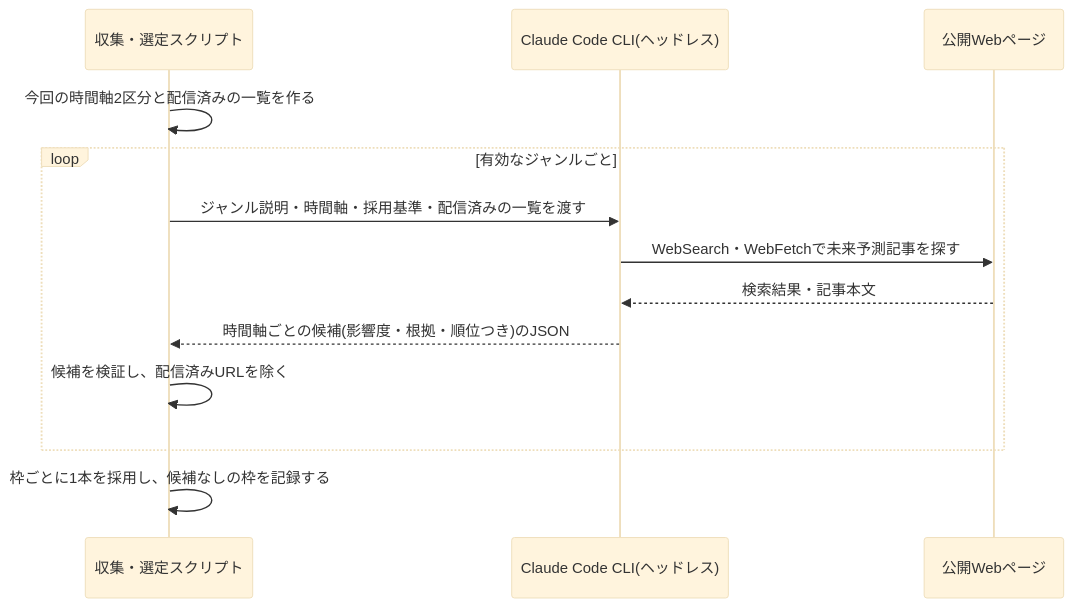
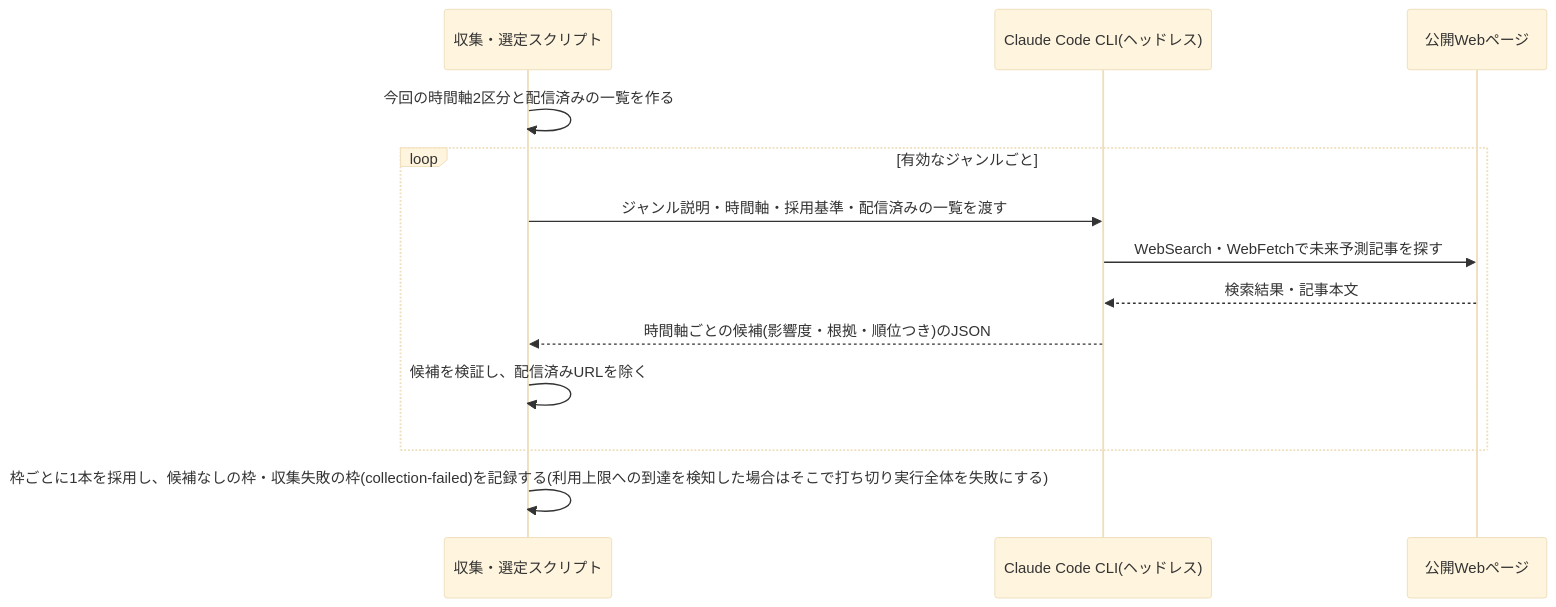
Before and after one commit to zakiyama0108/benriyatool: the diagram in specs/future-digest/content-selection/design.md, drawn with Mermaid (base theme). The commit also changed other lines of this file and 7 other files, not shown here.

First line of the commit message:
spec(future-digest, research-digest): content-selectionの図に収集失敗を一言足し固定数表記を揃える

````diff
--- a/specs/future-digest/content-selection/design.md
+++ b/specs/future-digest/content-selection/design.md
@@ -103,16 +103,16 @@
 ```mermaid
 sequenceDiagram
     participant script as 収集・選定スクリプト
     participant claude as Claude Code CLI(ヘッドレス)
     participant web as 公開Webページ
 
     script ->> script: 今回の時間軸2区分と配信済みの一覧を作る
     loop 有効なジャンルごと
         script ->> claude: ジャンル説明・時間軸・採用基準・配信済みの一覧を渡す
         claude ->> web: WebSearch・WebFetchで未来予測記事を探す
         web -->> claude: 検索結果・記事本文
         claude -->> script: 時間軸ごとの候補(影響度・根拠・順位つき)のJSON
         script ->> script: 候補を検証し、配信済みURLを除く
     end
-    script ->> script: 枠ごとに1本を採用し、候補なしの枠を記録する
+    script ->> script: 枠ごとに1本を採用し、候補なしの枠・収集失敗の枠(collection-failed)を記録する(利用上限への到達を検知した場合はそこで打ち切り実行全体を失敗にする)
 ```
````
